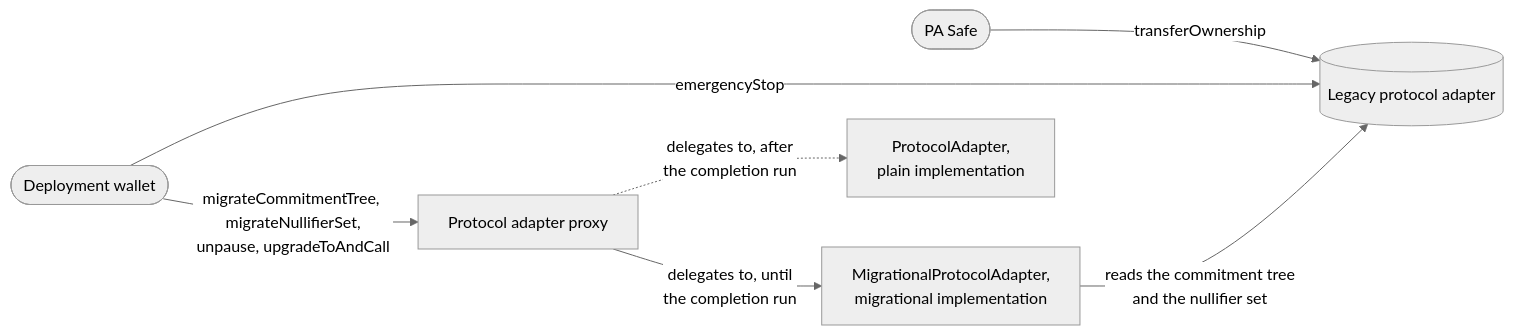
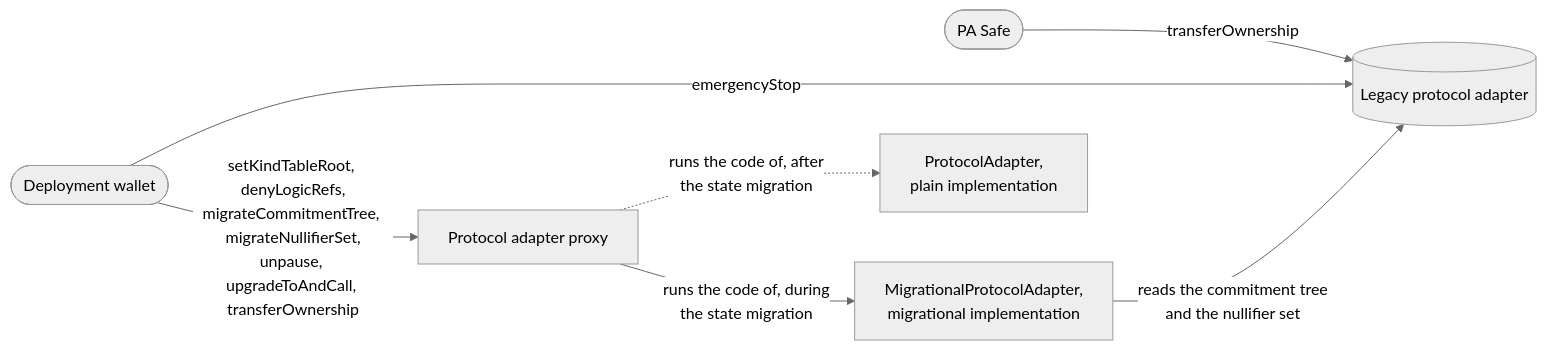
The first of 3 diagrams in docs/01-state-migration.md (anoma/pa-evm), drawn with Mermaid (neutral theme) before and after one commit. The commit also changed other lines of this file and 5 other files, not shown here.

````diff
--- a/docs/01-state-migration.md
+++ b/docs/01-state-migration.md
@@ -27,16 +17,16 @@
 ```mermaid
 flowchart LR
     pasafe([PA Safe])
     wallet([Deployment wallet])
     legacy[(Legacy protocol adapter)]
     proxy[Protocol adapter proxy]
     migrational[MigrationalProtocolAdapter,<br/>migrational implementation]
     plain[ProtocolAdapter,<br/>plain implementation]
 
     pasafe -->|transferOwnership| legacy
     wallet -->|emergencyStop| legacy
-    wallet -->|migrateCommitmentTree, migrateNullifierSet,<br/>unpause, upgradeToAndCall| proxy
-    proxy -->|delegates to, until<br/>the completion run| migrational
-    proxy -.->|delegates to, after<br/>the completion run| plain
+    wallet -->|setKindTableRoot, denyLogicRefs,<br/>migrateCommitmentTree, migrateNullifierSet,<br/>unpause, upgradeToAndCall, transferOwnership| proxy
+    proxy -->|runs the code of, during<br/>the state migration| migrational
+    proxy -.->|runs the code of, after<br/>the state migration| plain
     migrational -->|reads the commitment tree<br/>and the nullifier set| legacy
 ```
````
